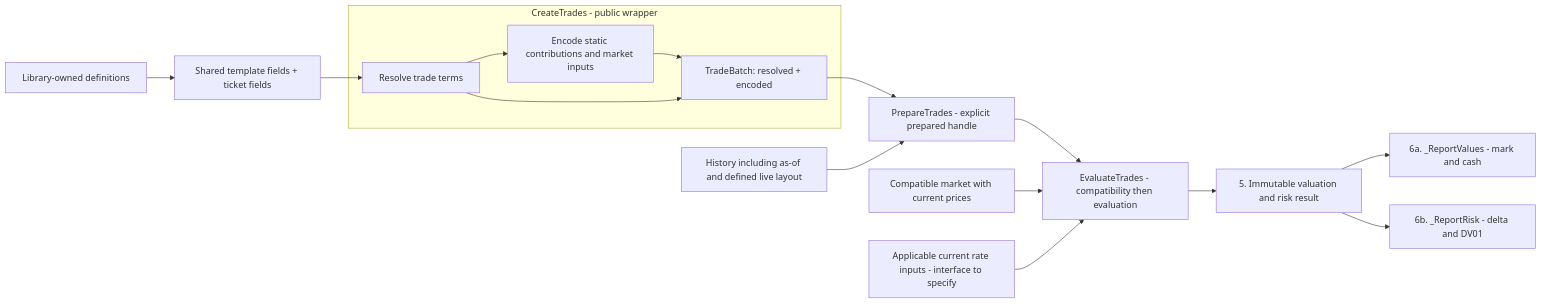
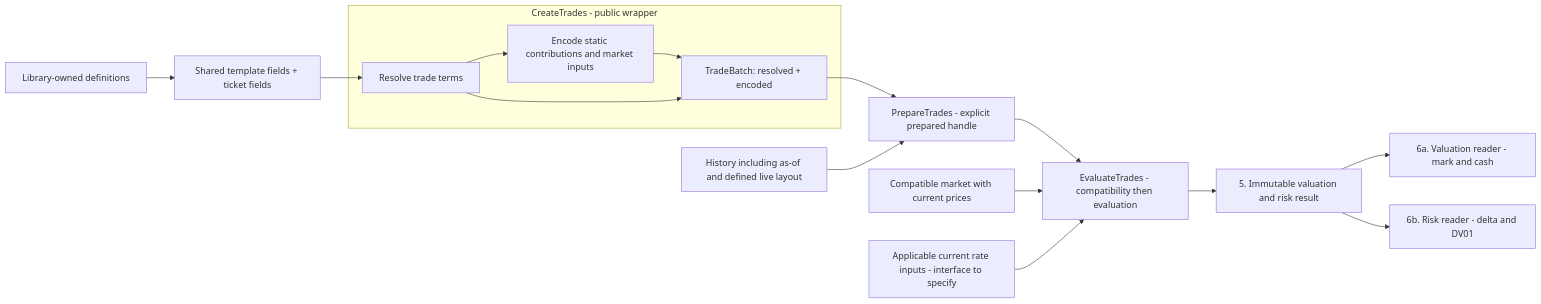
The diagram in docs/engineering-tickets/trade-valuation-pipeline/README.md (gobbles404/catalyst), drawn with Mermaid before and after one commit. The commit also changed other lines of this file and 33 other files, not shown here.

````diff
--- a/docs/engineering-tickets/trade-valuation-pipeline/README.md
+++ b/docs/engineering-tickets/trade-valuation-pipeline/README.md
@@ -71,18 +77,18 @@
 ```mermaid
 flowchart LR
     I[Library-owned definitions] --> A[Shared template fields + ticket fields]
     A --> B
     subgraph CT[CreateTrades - public wrapper]
         B[Resolve trade terms] --> C[Encode static contributions and market inputs]
         C --> T[TradeBatch: resolved + encoded]
         B --> T
     end
     T --> D[PrepareTrades - explicit prepared handle]
     H[History including as-of and defined live layout] --> D
     D --> E[EvaluateTrades - compatibility then evaluation]
     P[Compatible market with current prices] --> E
     Q[Applicable current rate inputs - interface to specify] --> E
     E --> R[5. Immutable valuation and risk result]
-    R --> V[6a. _ReportValues - mark and cash]
-    R --> K[6b. _ReportRisk - delta and DV01]
+    R --> V[6a. Valuation reader - mark and cash]
+    R --> K[6b. Risk reader - delta and DV01]
 ```
````
